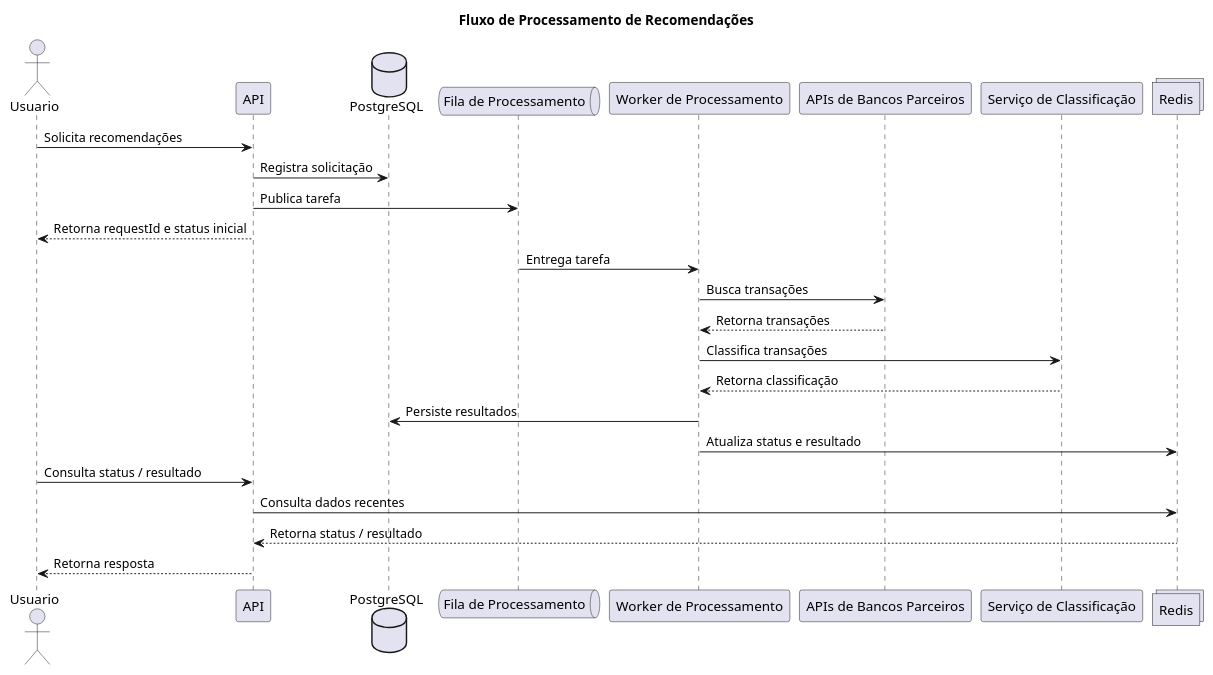
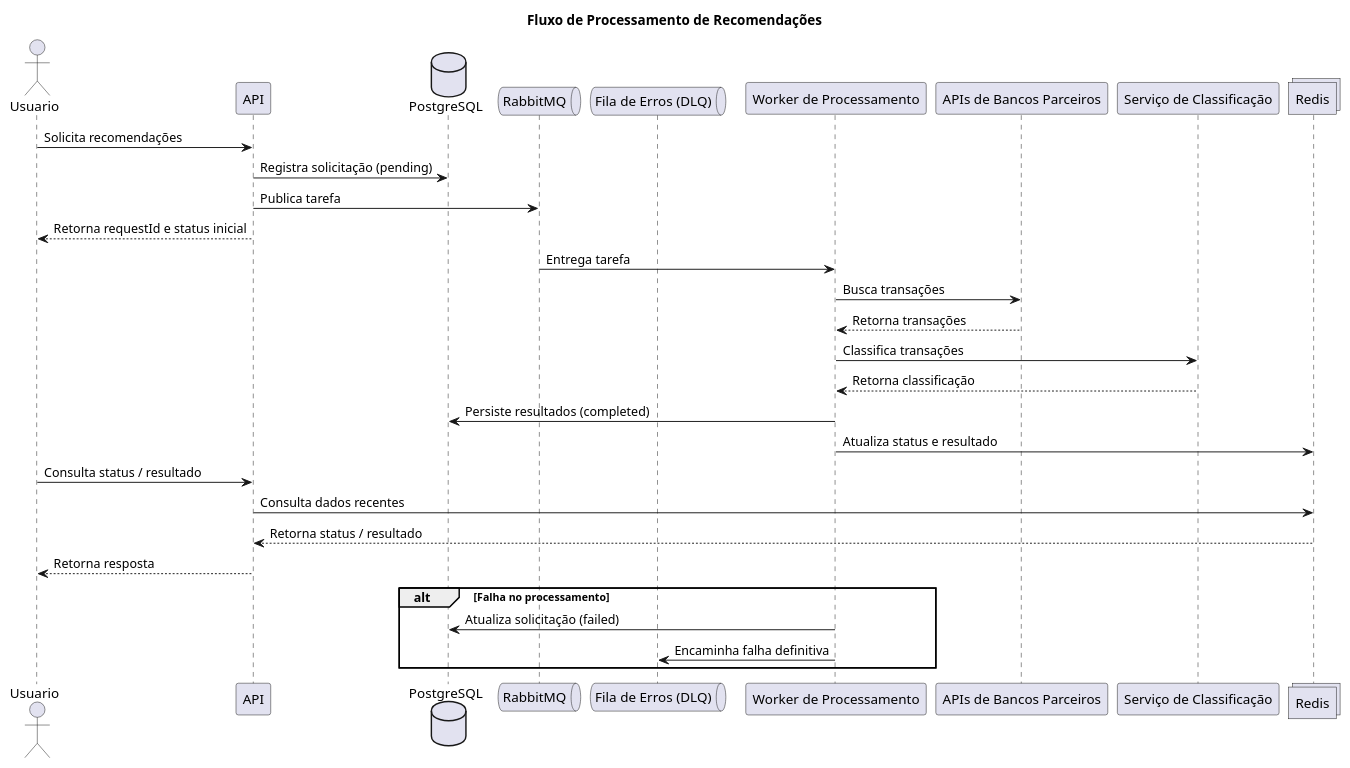
Before and after one commit to nelsera/idwall-desafio-arquitetura: the diagram in 2__diagramas/2.4__fluxo-sequencia.puml, drawn with PlantUML. The commit also changed 12 other files, not shown here.

Commit message:
feat(worker): adiciona retry controlado e envio para fila de erros no processamento de recomendações

```diff
--- a/2__diagramas/2.4__fluxo-sequencia.puml
+++ b/2__diagramas/2.4__fluxo-sequencia.puml
@@ -1,34 +1,40 @@
 @startuml fluxo-sequencia
 
 title Fluxo de Processamento de Recomendações
 
 actor Usuario as usuario
 participant API as api
 database PostgreSQL as db
-queue "Fila de Processamento" as fila
+queue "RabbitMQ" as fila
+queue "Fila de Erros (DLQ)" as dlq
 participant "Worker de Processamento" as worker
 participant "APIs de Bancos Parceiros" as bancos
 participant "Serviço de Classificação" as ml
 collections Redis as cache
 
 usuario -> api : Solicita recomendações
-api -> db : Registra solicitação
+api -> db : Registra solicitação (pending)
 api -> fila : Publica tarefa
 api --> usuario : Retorna requestId e status inicial
 
 fila -> worker : Entrega tarefa
 worker -> bancos : Busca transações
 bancos --> worker : Retorna transações
 
 worker -> ml : Classifica transações
 ml --> worker : Retorna classificação
 
-worker -> db : Persiste resultados
+worker -> db : Persiste resultados (completed)
 worker -> cache : Atualiza status e resultado
 
 usuario -> api : Consulta status / resultado
 api -> cache : Consulta dados recentes
 cache --> api : Retorna status / resultado
 api --> usuario : Retorna resposta
 
+alt Falha no processamento
+  worker -> db : Atualiza solicitação (failed)
+  worker -> dlq : Encaminha falha definitiva
+end
+
 @enduml
```
